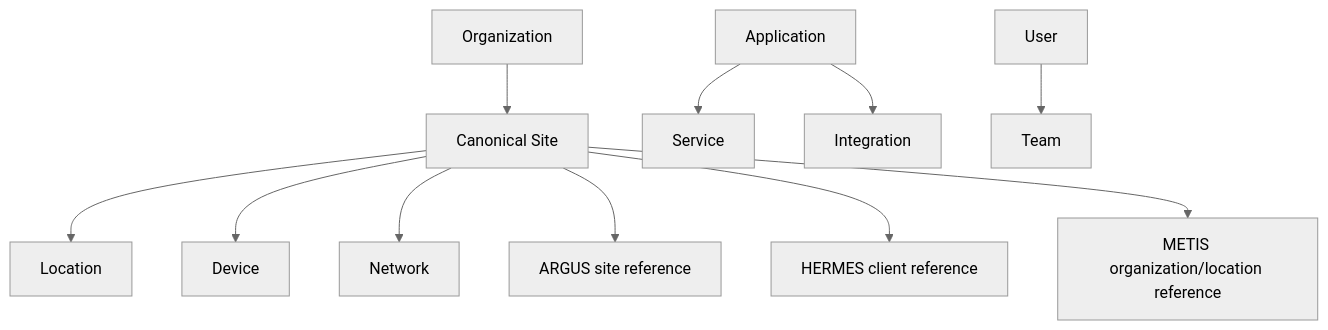
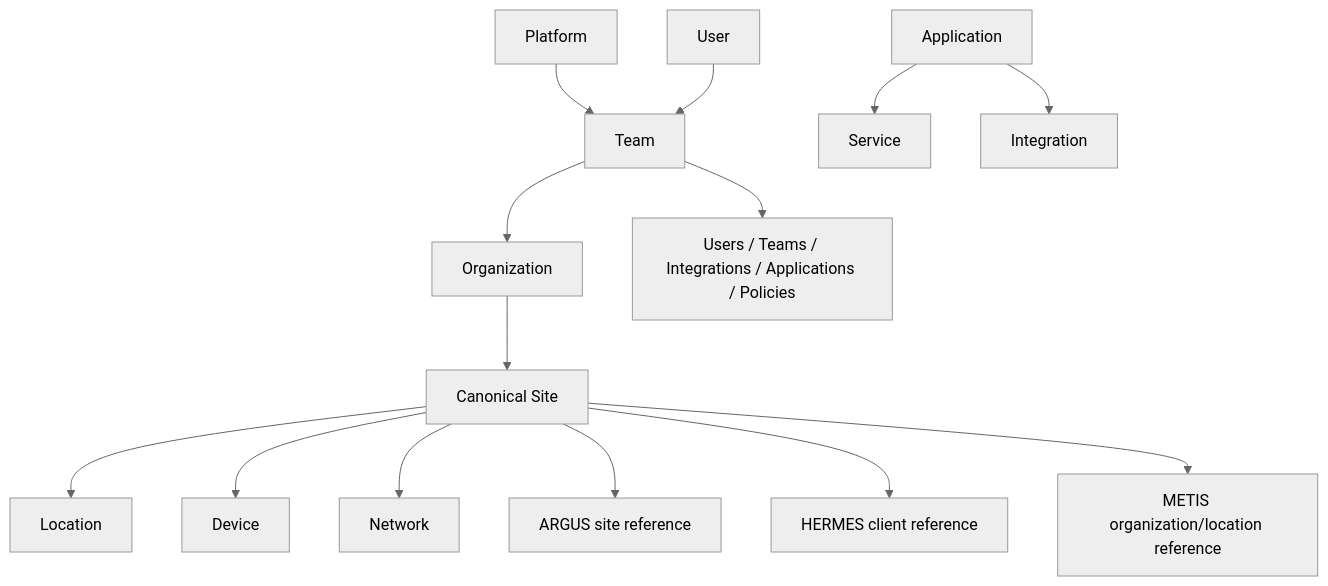
One commit to mca-rolando/OLIMPO changed the diagram in docs/architecture/common-entity-model-v1.0.md. Above: the diagram before and after it, drawn with Mermaid (neutral theme). The commit also changed other lines of this file and 17 other files, not shown here.

Commit message:
docs: adopt MSP-first multi-tenant architecture

````diff
--- a/docs/architecture/common-entity-model-v1.0.md
+++ b/docs/architecture/common-entity-model-v1.0.md
@@ -7,13 +11,16 @@
 ```mermaid
 flowchart TB
-  O[Organization] --> S[Canonical Site]
+  P[Platform] --> T[Tenant]
+  T --> O[Organization]
+  T --> C[Users / Teams / Integrations / Applications / Policies]
+  O --> S[Canonical Site]
   S --> L[Location]
   S --> D[Device]
   S --> N[Network]
   S --> AR[ARGUS site reference]
   S --> HR[HERMES client reference]
   S --> MR[METIS organization/location reference]
   AP[Application] --> SV[Service]
   AP --> IN[Integration]
   U[User] --> T[Team]
 ```
````
